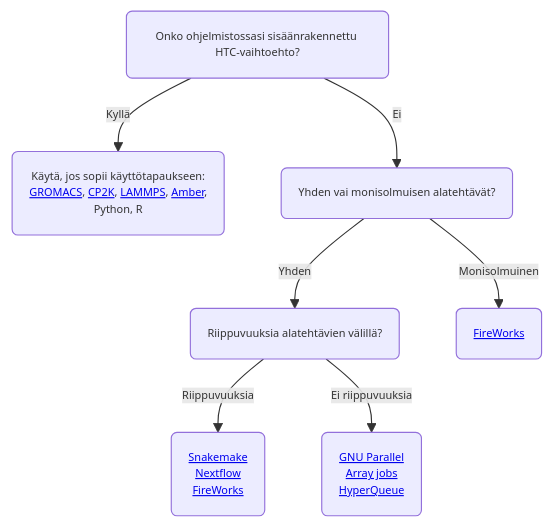
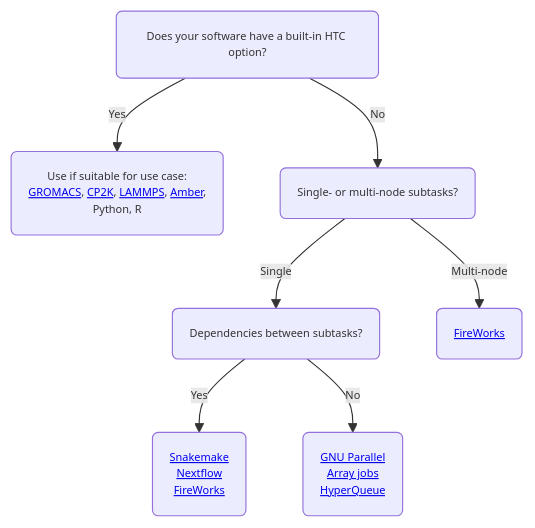
One commit to CSCfi/csc-user-guide changed the first of 2 diagrams in docs/computing/running/throughput.md. Above: the diagram before and after it, drawn with Mermaid. The commit also changed other lines of this file and 221 other files, not shown here.

````diff
--- a/docs/computing/running/throughput.md
+++ b/docs/computing/running/throughput.md
@@ -23,10 +22,10 @@
 ```mermaid
 %%{init: {'theme': 'default', 'themeVariables': { 'fontSize': '0.6rem'}}}%%
 graph TD
-    C(Onko ohjelmistossasi sisäänrakennettu HTC-vaihtoehto?) -->|Kyllä| D("Käytä, jos sopii käyttötapaukseen:<br><a href='/support/tutorials/gromacs-throughput/'>GROMACS</a>, <a href='/apps/cp2k/#high-throughput-computing-with-cp2k'>CP2K</a>, <a href='/apps/lammps/#high-throughput-computing-with-lammps'>LAMMPS</a>, <a href='/apps/amber/#high-throughput-computing-with-amber'>Amber</a>,<br> Python, R")
-    C -->|Ei| E(Yhden vai monisolmuisen alatehtävät?)
-    E -->|Yhden| F(Riippuvuuksia alatehtävien välillä?)
-    E -->|Monisolmuinen| G(<a href='/computing/running/fireworks/'>FireWorks</a>)
-    F -->|Riippuvuuksia| J(<a href='https://snakemake.readthedocs.io/en/stable/'>Snakemake</a><br><a href='/support/tutorials/nextflow-tutorial/'>Nextflow</a><br><a href='/computing/running/fireworks/'>FireWorks</a>)
-    F -->|Ei riippuvuuksia| K(<a href='/support/tutorials/many/'>GNU Parallel</a><br><a href='/computing/running/array-jobs/'>Array jobs</a><br><a href='/apps/hyperqueue/'>HyperQueue</a>)
+    C(Does your software have a built-in HTC option?) -->|Yes| D("Use if suitable for use case:<br><a href='/support/tutorials/gromacs-throughput/'>GROMACS</a>, <a href='/apps/cp2k/#high-throughput-computing-with-cp2k'>CP2K</a>, <a href='/apps/lammps/#high-throughput-computing-with-lammps'>LAMMPS</a>, <a href='/apps/amber/#high-throughput-computing-with-amber'>Amber</a>,<br> Python, R ")
+    C -->|No| E(Single- or multi-node subtasks?)
+    E -->|Single| F(Dependencies between subtasks?)
+    E -->|Multi-node| G(<a href='/computing/running/fireworks/'>FireWorks</a>)
+    F -->|Yes| J(<a href='https://snakemake.readthedocs.io/en/stable/'>Snakemake</a><br><a href='/support/tutorials/nextflow-tutorial/'>Nextflow</a><br><a href='/computing/running/fireworks/'>FireWorks</a>)
+    F -->|No| K(<a href='/support/tutorials/many/'>GNU Parallel</a><br><a href='/computing/running/array-jobs/'>Array jobs</a><br><a href='/apps/hyperqueue/'>HyperQueue</a>)
 ```
````
